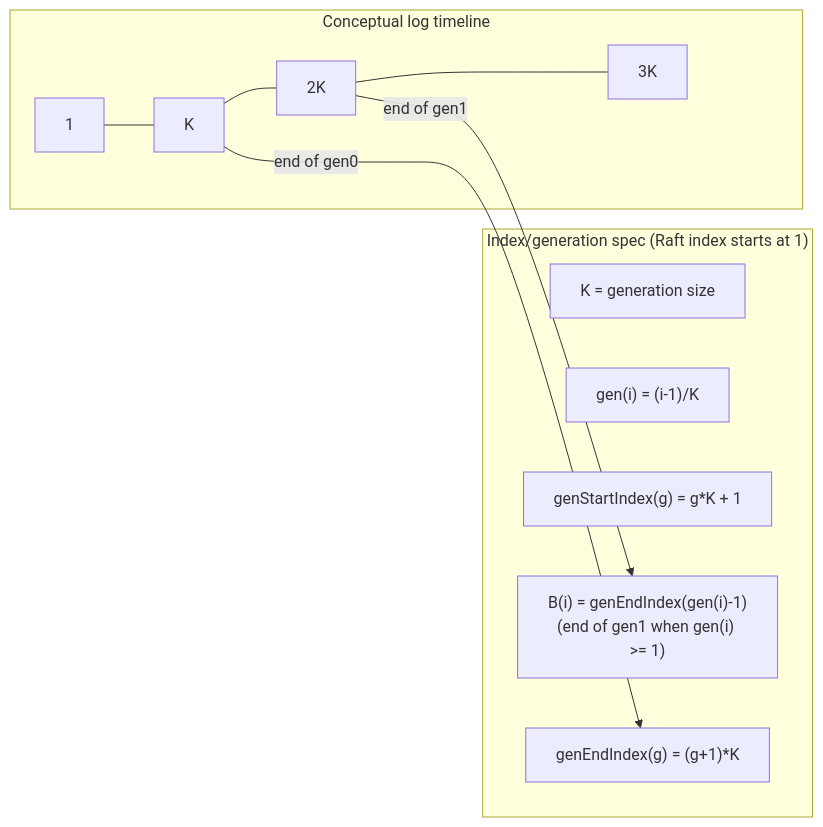
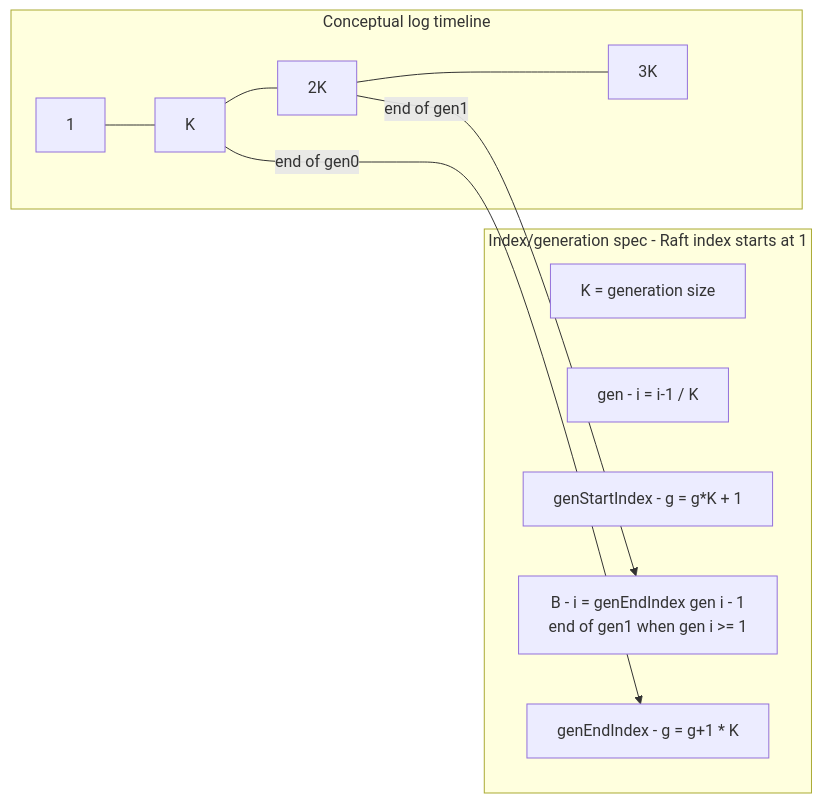
One commit to formancehq/ledger changed the second of 2 diagrams in docs/deterministic-fsm.md. Above: the diagram before and after it, drawn with Mermaid. The commit also changed other lines of this file and 3 other files, not shown here.

````diff
--- a/docs/deterministic-fsm.md
+++ b/docs/deterministic-fsm.md
@@ -482,18 +471,17 @@
 ```mermaid
 flowchart LR
-  subgraph Spec["Index/generation spec (Raft index starts at 1)"]
+  subgraph Spec["Index/generation spec - Raft index starts at 1"]
     K["K = generation size"]
-    G["gen(i) = (i-1)/K"]
-    GS["genStartIndex(g) = g*K + 1"]
-    GE["genEndIndex(g) = (g+1)*K"]
-    B["B(i) = genEndIndex(gen(i)-1)
-(end of gen1 when gen(i) >= 1)"]
+    G["gen - i = i-1 / K"]
+    GS["genStartIndex - g = g*K + 1"]
+    GE["genEndIndex - g = g+1 * K"]
+    B["B - i = genEndIndex gen i - 1<br/>end of gen1 when gen i >= 1"]
   end
 
   subgraph Timeline["Conceptual log timeline"]
     I1["1"] --- IK["K"] --- I2K["2K"] --- I3K["3K"]
   end
 
   IK -->|end of gen0| GE
   I2K -->|end of gen1| B
 ```
````
